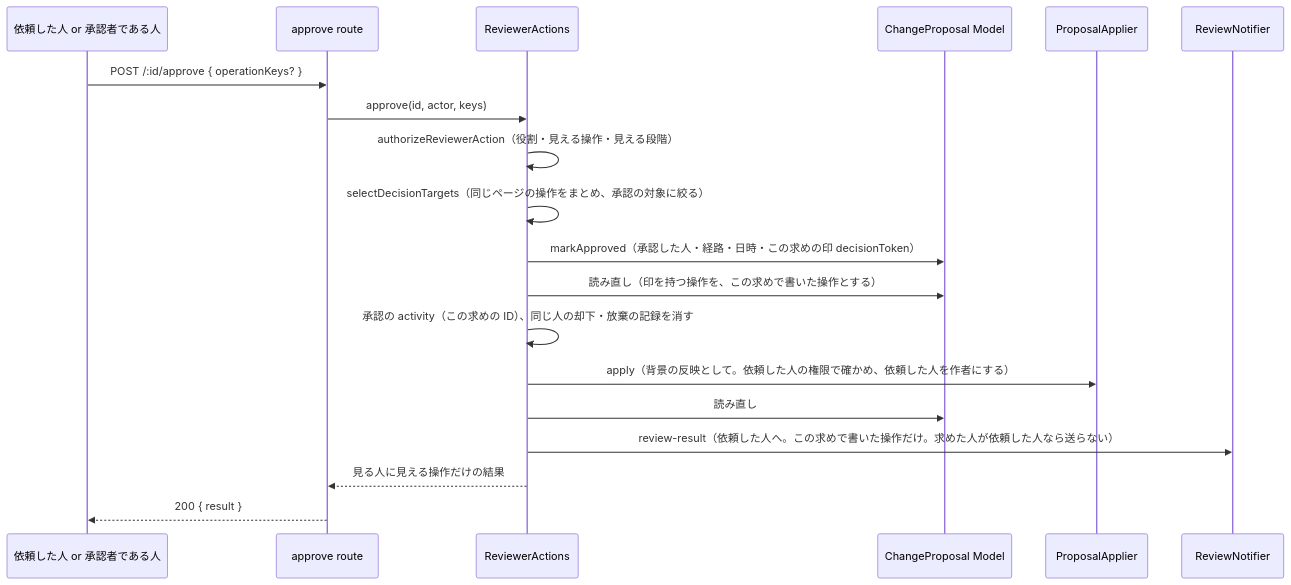
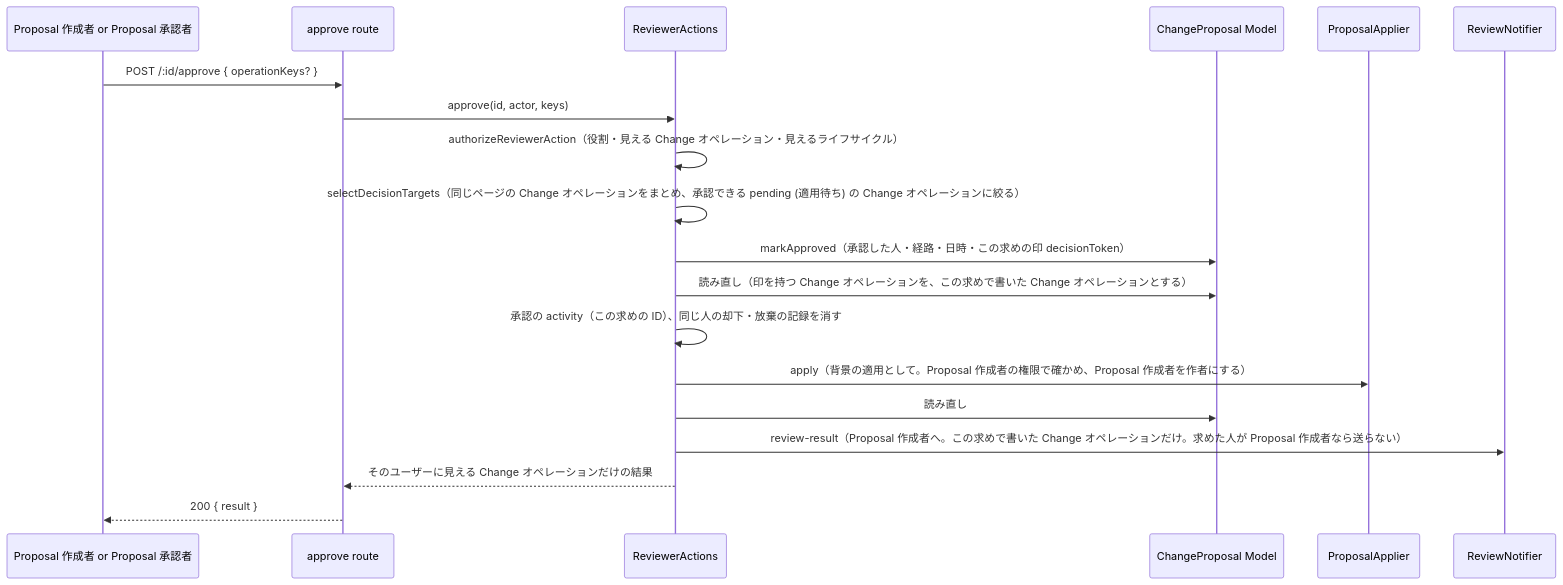
The fifth of 5 diagrams in .kiro/specs/change-proposal-core/design.md (growilabs/growi), drawn with Mermaid before and after one commit. The commit also changed other lines of this file and 4 other files, not shown here.

````diff
--- a/.kiro/specs/change-proposal-core/design.md
+++ b/.kiro/specs/change-proposal-core/design.md
@@ -297,21 +297,21 @@
 ```mermaid
 sequenceDiagram
-  participant U as 依頼した人 or 承認者である人
+  participant U as Proposal 作成者 or Proposal 承認者
   participant R as approve route
   participant S as ReviewerActions
   participant M as ChangeProposal Model
   participant AP as ProposalApplier
   participant N as ReviewNotifier
   U->>R: POST /:id/approve { operationKeys? }
   R->>S: approve(id, actor, keys)
-  S->>S: authorizeReviewerAction（役割・見える操作・見える段階）
-  S->>S: selectDecisionTargets（同じページの操作をまとめ、承認の対象に絞る）
+  S->>S: authorizeReviewerAction（役割・見える Change オペレーション・見えるライフサイクル）
+  S->>S: selectDecisionTargets（同じページの Change オペレーションをまとめ、承認できる pending (適用待ち) の Change オペレーションに絞る）
   S->>M: markApproved（承認した人・経路・日時・この求めの印 decisionToken）
-  S->>M: 読み直し（印を持つ操作を、この求めで書いた操作とする）
+  S->>M: 読み直し（印を持つ Change オペレーションを、この求めで書いた Change オペレーションとする）
   S->>S: 承認の activity（この求めの ID）、同じ人の却下・放棄の記録を消す
-  S->>AP: apply（背景の反映として。依頼した人の権限で確かめ、依頼した人を作者にする）
+  S->>AP: apply（背景の適用として。Proposal 作成者の権限で確かめ、Proposal 作成者を作者にする）
   S->>M: 読み直し
-  S->>N: review-result（依頼した人へ。この求めで書いた操作だけ。求めた人が依頼した人なら送らない）
-  S-->>R: 見る人に見える操作だけの結果
+  S->>N: review-result（Proposal 作成者へ。この求めで書いた Change オペレーションだけ。求めた人が Proposal 作成者なら送らない）
+  S-->>R: そのユーザーに見える Change オペレーションだけの結果
   R-->>U: 200 { result }
 ```
````
